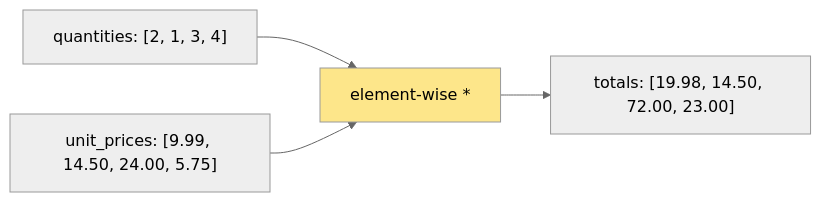
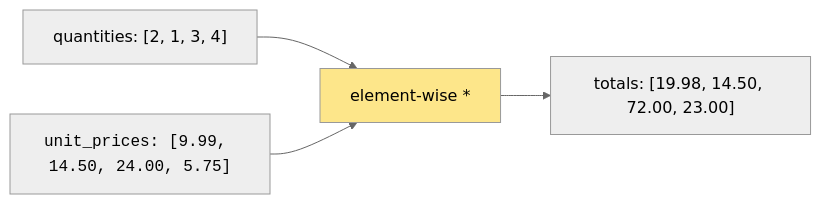
The first of 2 diagrams in content/learn/practical-r-for-beginners/vectorized-computation.mdx (dataslope/dataslope), drawn with Mermaid (neutral theme) before and after one commit. The commit also changed other lines of this file and 218 other files, not shown here.

First line of the commit message:
Render code-only mermaid shapes in monospace; convert step sequences to Steps (#467)

````diff
--- a/content/learn/practical-r-for-beginners/vectorized-computation.mdx
+++ b/content/learn/practical-r-for-beginners/vectorized-computation.mdx
@@ -68,7 +68,7 @@
 ```mermaid
 flowchart LR
   q["quantities: [2, 1, 3, 4]"] --> mul
-  p["unit_prices: [9.99, 14.50, 24.00, 5.75]"] --> mul
+  p["<code>unit_prices: [9.99, 14.50, 24.00, 5.75]</code>"] --> mul
   mul["element-wise * "] --> r["totals: [19.98, 14.50, 72.00, 23.00]"]
   style mul fill:#fde68a
 ```
````
